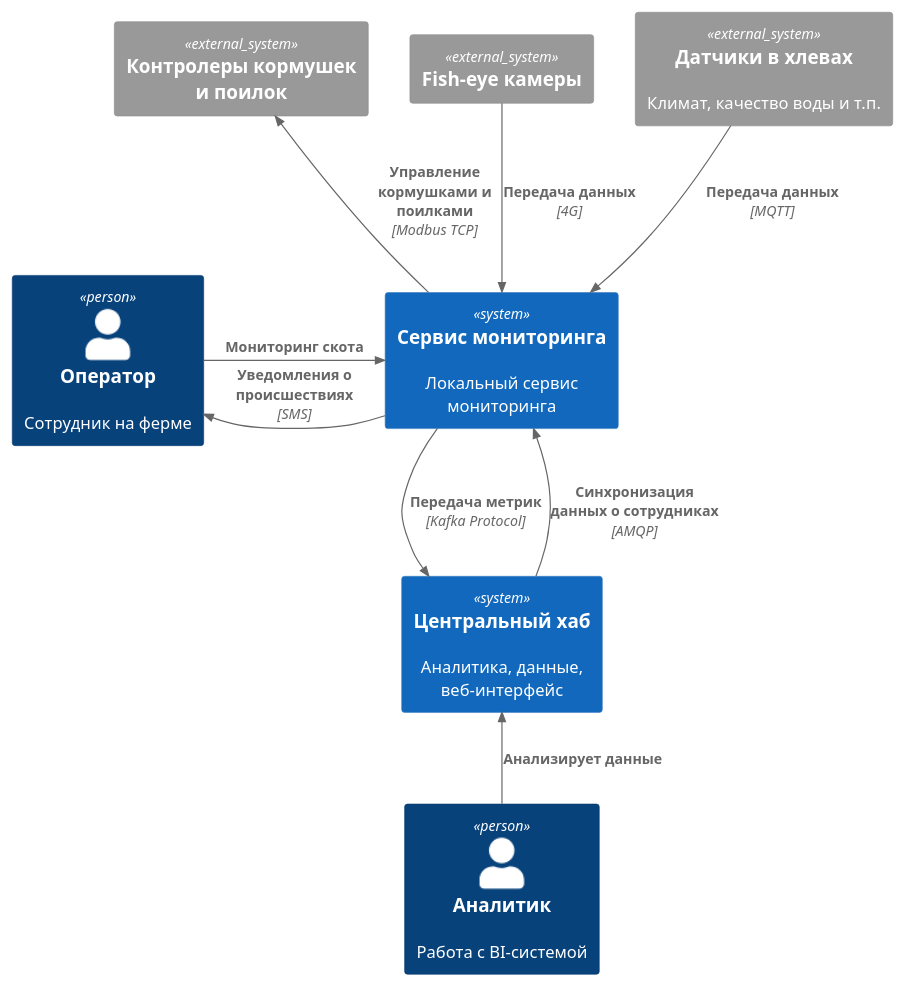
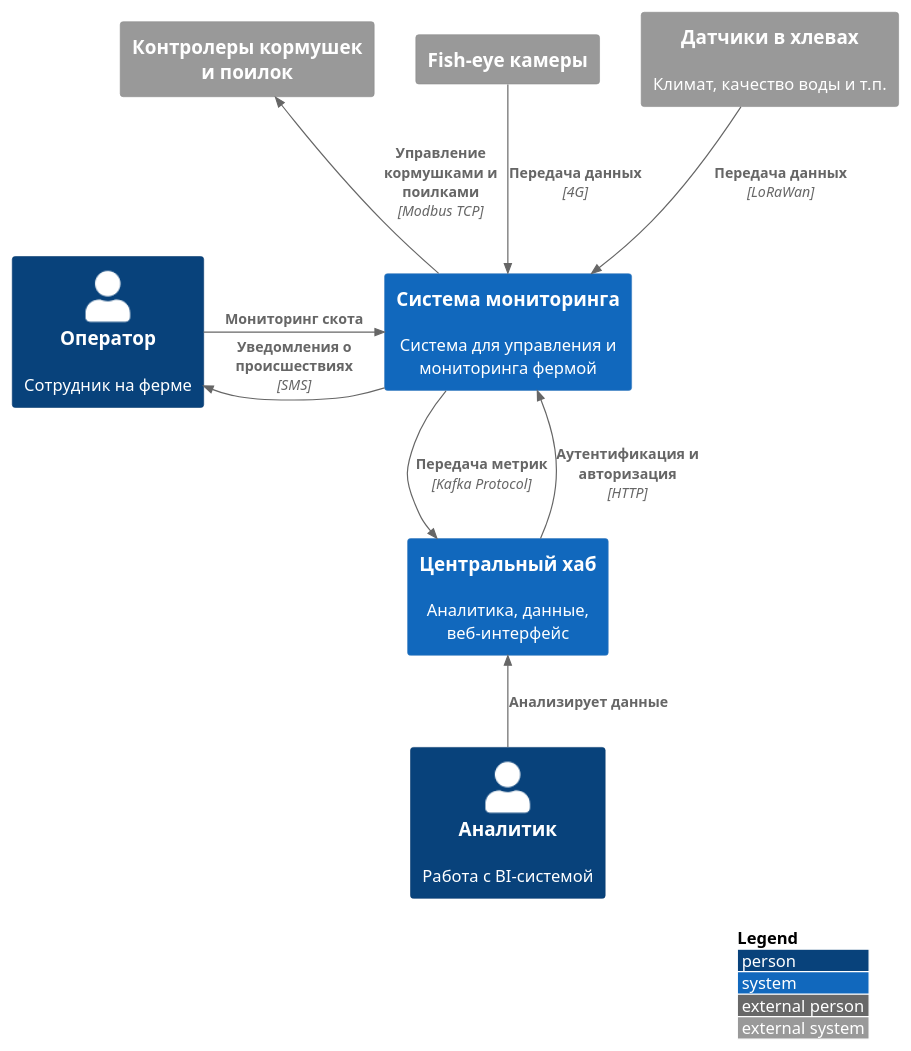
The first of 2 diagrams in Task1/ADR-001.md (destonar/MSA-AgroTech), drawn with PlantUML before and after one commit. The commit also changed other lines of this file and 2 other files, not shown here.

````diff
--- a/Task1/ADR-001.md
+++ b/Task1/ADR-001.md
@@ -67,29 +65,30 @@
 ```plantuml
 @startuml Agrotech Centralized System Context
 !include https://raw.githubusercontent.com/plantuml-stdlib/C4-PlantUML/master/C4_Context.puml
 
 Person(operator, "Оператор", "Сотрудник на ферме")
 Person(analytic, "Аналитик", "Работа с BI-системой")
 
 System_Ext(cameras, "Fish-eye камеры")
 System_Ext(sensors, "Датчики в хлевах", "Климат, качество воды и т.п.")
 System_Ext(controllers, "Контролеры кормушек и поилок")
 
 
-System(localService, "Сервис мониторинга", "Локальный сервис мониторинга")
+System(localService, "Система мониторинга", "Система для управления и мониторинга фермой")
 
 System(centralHub, "Центральный хаб", "Аналитика, данные, веб-интерфейс")
 
 Rel_D(cameras, localService, "Передача данных", "4G")
-Rel_D(sensors, localService, "Передача данных", "MQTT")
+Rel_D(sensors, localService, "Передача данных", "LoRaWan")
 Rel_U(localService, controllers, "Управление кормушками и поилками", "Modbus TCP")
 
 Rel_D(localService, centralHub, "Передача метрик", "Kafka Protocol")
-Rel_U(centralHub, localService, "Синхронизация данных о сотрудниках", "AMQP")
+Rel_U(centralHub, localService, "Аутентификация и авторизация", "HTTP")
 
 Rel_R(operator, localService, "Мониторинг скота")
 Rel_L(localService, operator, "Уведомления о происшествиях", "SMS")
 Rel_U(analytic, centralHub, "Анализирует данные")
 
+LAYOUT_WITH_LEGEND()
 @enduml
 ```
````
